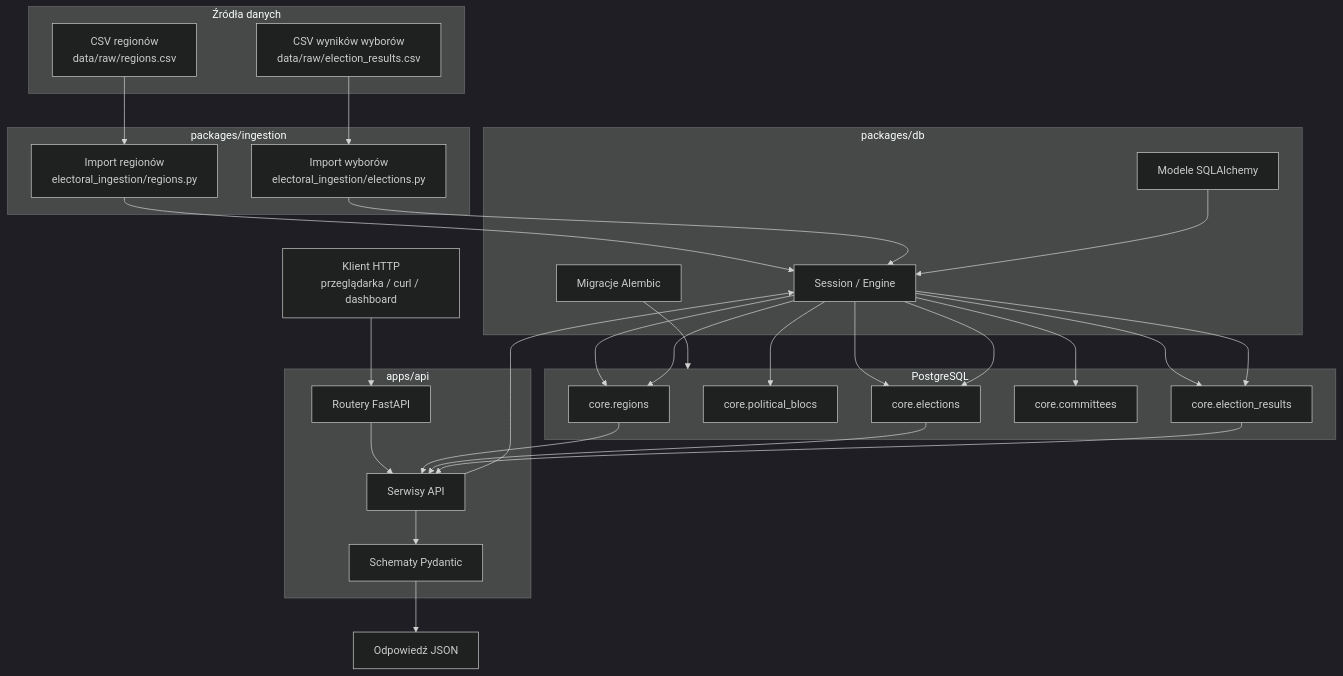
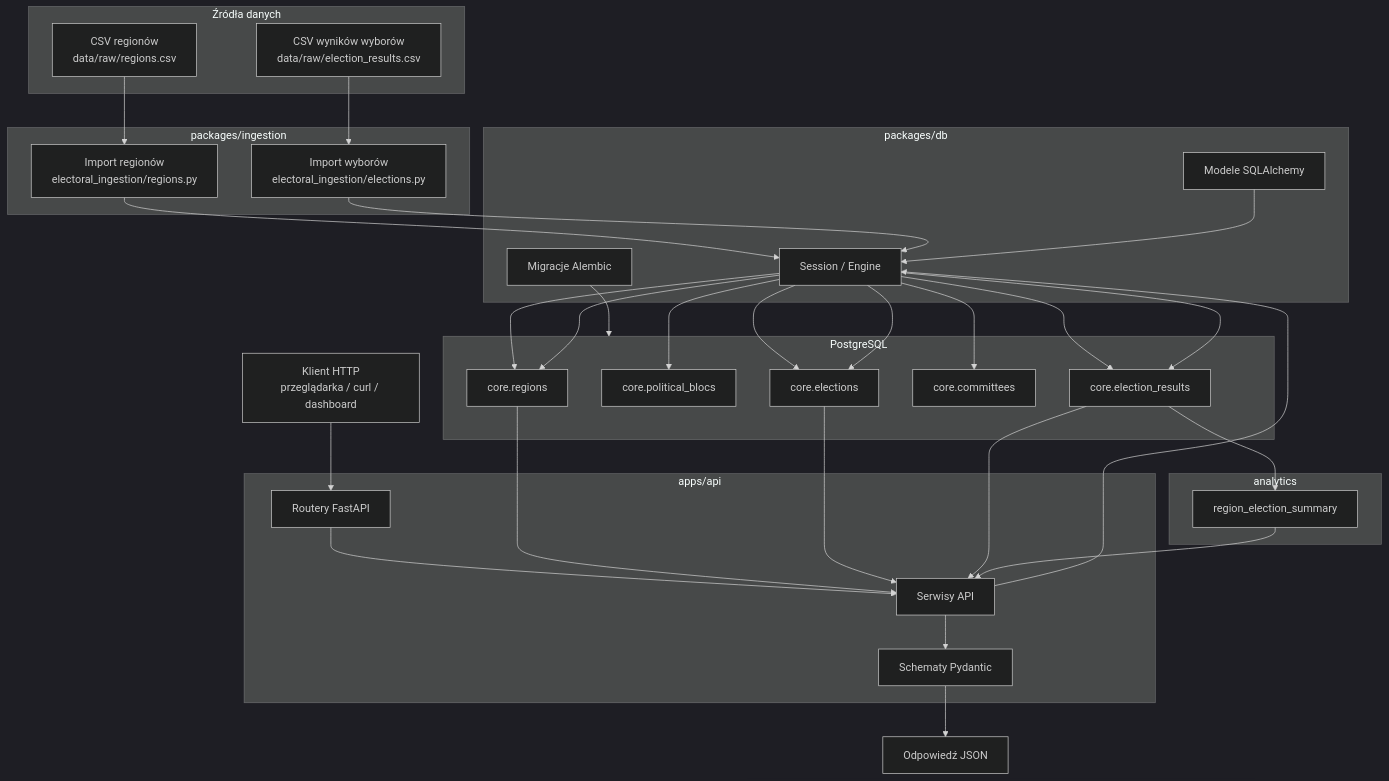
Before and after one commit to DawidKK/electoral-drift: the fourth of 4 diagrams in flow.md, drawn with Mermaid (dark theme). The commit also changed other lines of this file and 5 other files, not shown here.

Commit message:
add region timeline

````diff
--- a/flow.md
+++ b/flow.md
@@ -126,59 +161,65 @@
 ```mermaid
 flowchart TD
     subgraph sources["Źródła danych"]
         raw_regions["CSV regionów<br/>data/raw/regions.csv"]
         raw_elections["CSV wyników wyborów<br/>data/raw/election_results.csv"]
     end
 
     subgraph ingestion["packages/ingestion"]
         regions_import["Import regionów<br/>electoral_ingestion/regions.py"]
         elections_import["Import wyborów<br/>electoral_ingestion/elections.py"]
     end
 
     subgraph db_pkg["packages/db"]
         db_models["Modele SQLAlchemy"]
         db_session["Session / Engine"]
         alembic["Migracje Alembic"]
     end
 
     subgraph postgres["PostgreSQL"]
         core_regions["core.regions"]
         core_blocs["core.political_blocs"]
         core_elections["core.elections"]
         core_committees["core.committees"]
         core_results["core.election_results"]
     end
 
     subgraph api["apps/api"]
         api_router["Routery FastAPI"]
         api_service["Serwisy API"]
         api_schema["Schematy Pydantic"]
     end
 
+    subgraph analytics["analytics"]
+        region_summary["region_election_summary"]
+    end
+
     client["Klient HTTP<br/>przeglądarka / curl / dashboard"]
     json["Odpowiedź JSON"]
 
     raw_regions --> regions_import
     raw_elections --> elections_import
     regions_import --> db_session
     elections_import --> db_session
     db_models --> db_session
     alembic --> postgres
     db_session --> core_regions
     db_session --> core_blocs
     db_session --> core_elections
     db_session --> core_committees
     db_session --> core_results
 
     client --> api_router
     api_router --> api_service
     api_service --> db_session
     db_session --> core_regions
     db_session --> core_elections
     db_session --> core_results
+    core_results --> region_summary
     core_regions --> api_service
     core_elections --> api_service
     core_results --> api_service
+    region_summary --> api_service
     api_service --> api_schema
     api_schema --> json
 ```
````
